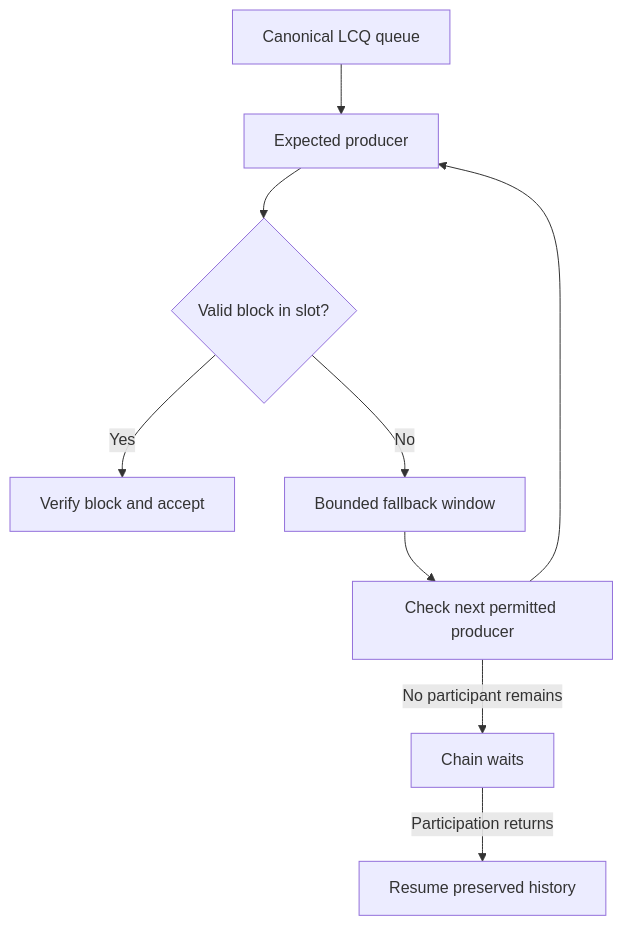
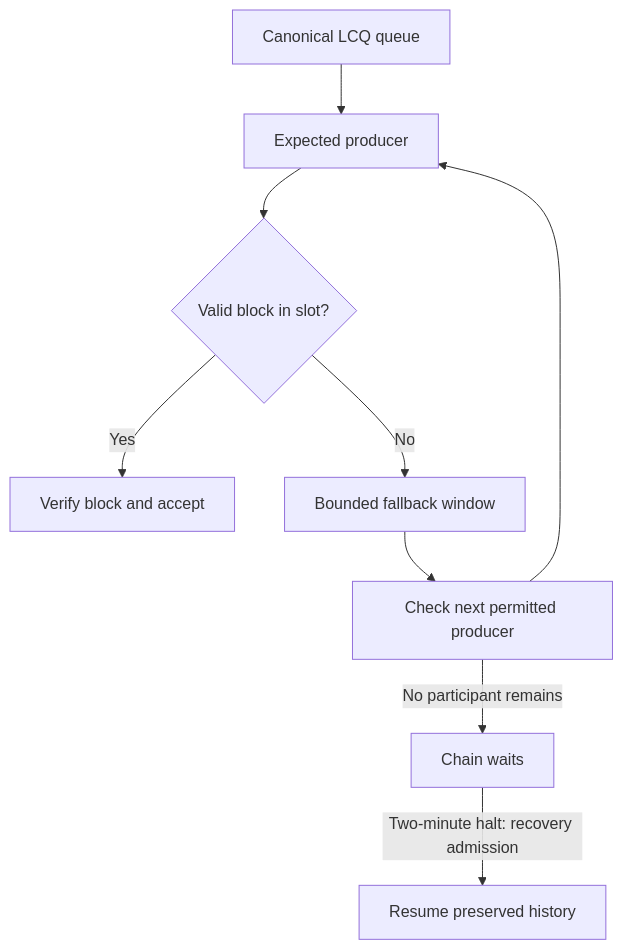
One commit to rabbitmainnet/rabbit-chain-whitepaper changed the diagram in assets/diagrams/lcq-liveness-flow.mmd. Above: the diagram before and after it, drawn with Mermaid. The commit also changed 9 other files, not shown here.

```diff
--- a/assets/diagrams/lcq-liveness-flow.mmd
+++ b/assets/diagrams/lcq-liveness-flow.mmd
@@ -1,9 +1,9 @@
 flowchart TD
     A[Canonical LCQ queue] --> B[Expected producer]
     B --> C{Valid block in slot?}
     C -->|Yes| D[Verify block and accept]
     C -->|No| E[Bounded fallback window]
     E --> F[Check next permitted producer]
     F --> B
     F -->|No participant remains| G[Chain waits]
-    G -->|Participation returns| H[Resume preserved history]
+    G -->|Two-minute halt: recovery admission| H[Resume preserved history]
```
